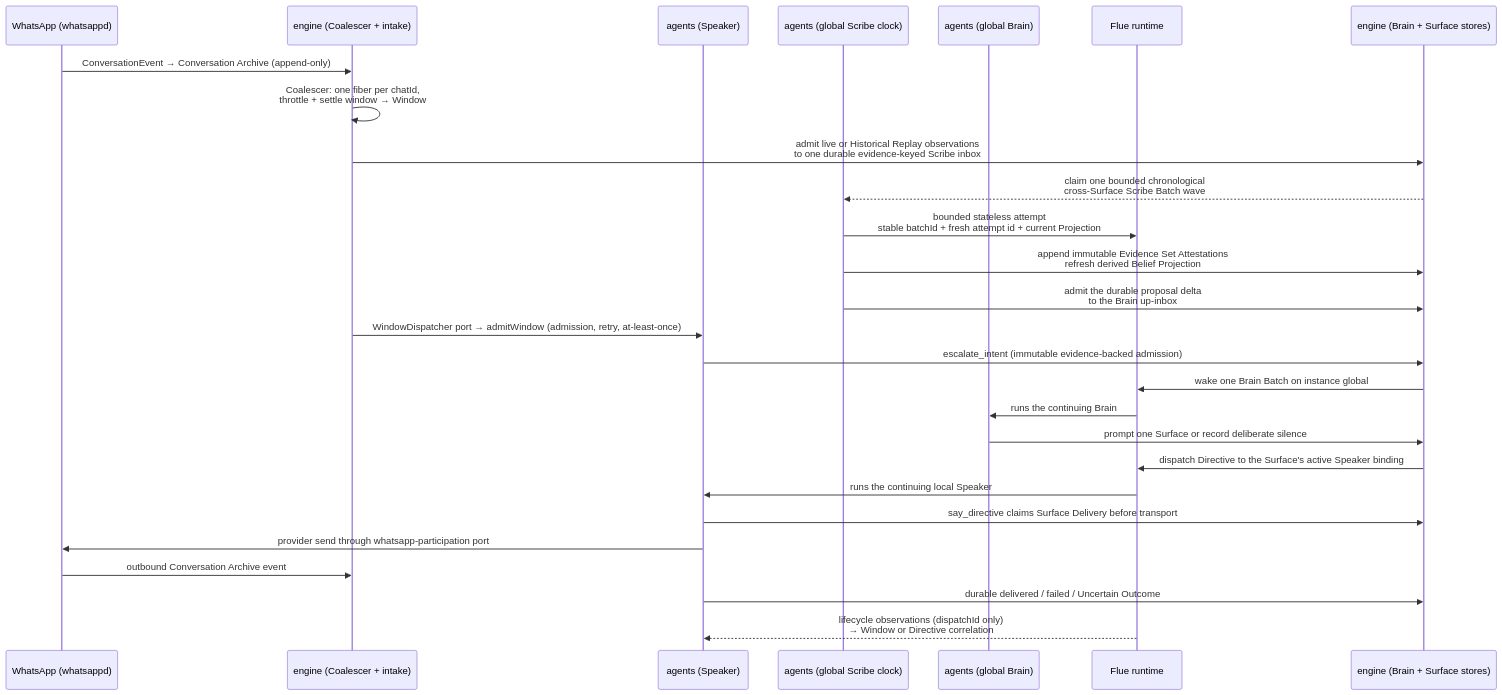
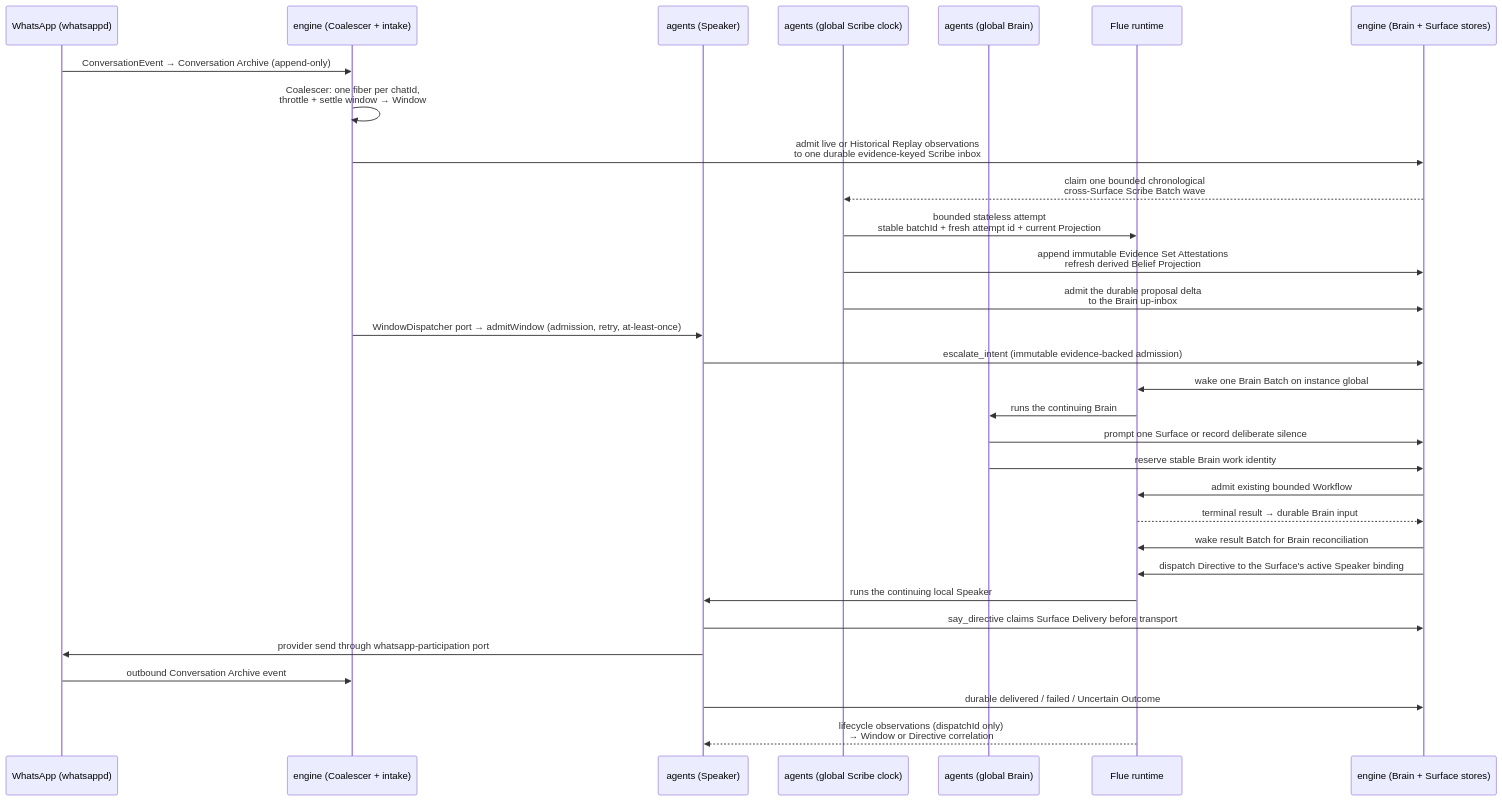
The second of 2 diagrams in docs/ARCHITECTURE.md (AaronAbuUsama/ambient-agent), drawn with Mermaid before and after one commit. The commit also changed other lines of this file and 29 other files, not shown here.

Commit message:
feat: move bounded work ownership to the Brain

````diff
--- a/docs/ARCHITECTURE.md
+++ b/docs/ARCHITECTURE.md
@@ -39,30 +39,34 @@
 ```mermaid
 sequenceDiagram
   participant WA as WhatsApp (whatsappd)
   participant ENG as engine (Coalescer + intake)
   participant SP as agents (Speaker)
   participant SC as agents (global Scribe clock)
   participant BR as agents (global Brain)
   participant FLUE as Flue runtime
   participant DB as engine (Brain + Surface stores)
 
   WA->>ENG: ConversationEvent → Conversation Archive (append-only)
   ENG->>ENG: Coalescer: one fiber per chatId,<br/>throttle + settle window → Window
   ENG->>DB: admit live or Historical Replay observations<br/>to one durable evidence-keyed Scribe inbox
   DB-->>SC: claim one bounded chronological<br/>cross-Surface Scribe Batch wave
   SC->>FLUE: bounded stateless attempt<br/>stable batchId + fresh attempt id + current Projection
   SC->>DB: append immutable Evidence Set Attestations<br/>refresh derived Belief Projection
   SC->>DB: admit the durable proposal delta<br/>to the Brain up-inbox
   ENG->>SP: WindowDispatcher port → admitWindow (admission, retry, at-least-once)
   SP->>DB: escalate_intent (immutable evidence-backed admission)
   DB->>FLUE: wake one Brain Batch on instance global
   FLUE->>BR: runs the continuing Brain
   BR->>DB: prompt one Surface or record deliberate silence
+  BR->>DB: reserve stable Brain work identity
+  DB->>FLUE: admit existing bounded Workflow
+  FLUE-->>DB: terminal result → durable Brain input
+  DB->>FLUE: wake result Batch for Brain reconciliation
   DB->>FLUE: dispatch Directive to the Surface's active Speaker binding
   FLUE->>SP: runs the continuing local Speaker
   SP->>DB: say_directive claims Surface Delivery before transport
   SP->>WA: provider send through whatsapp-participation port
   WA->>ENG: outbound Conversation Archive event
   SP->>DB: durable delivered / failed / Uncertain Outcome
   FLUE-->>SP: lifecycle observations (dispatchId only)<br/>→ Window or Directive correlation
 ```
````
